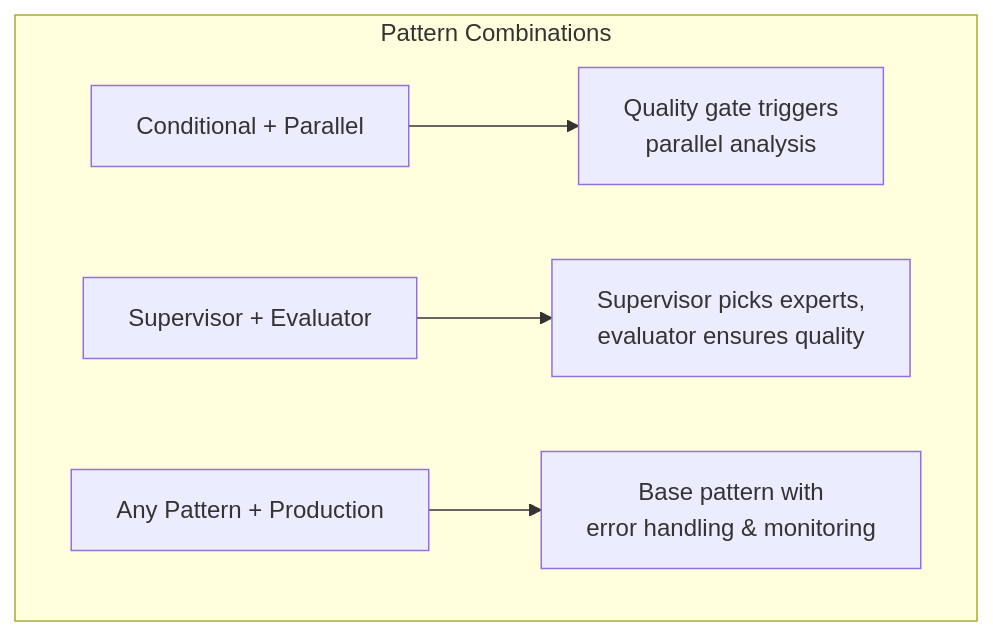
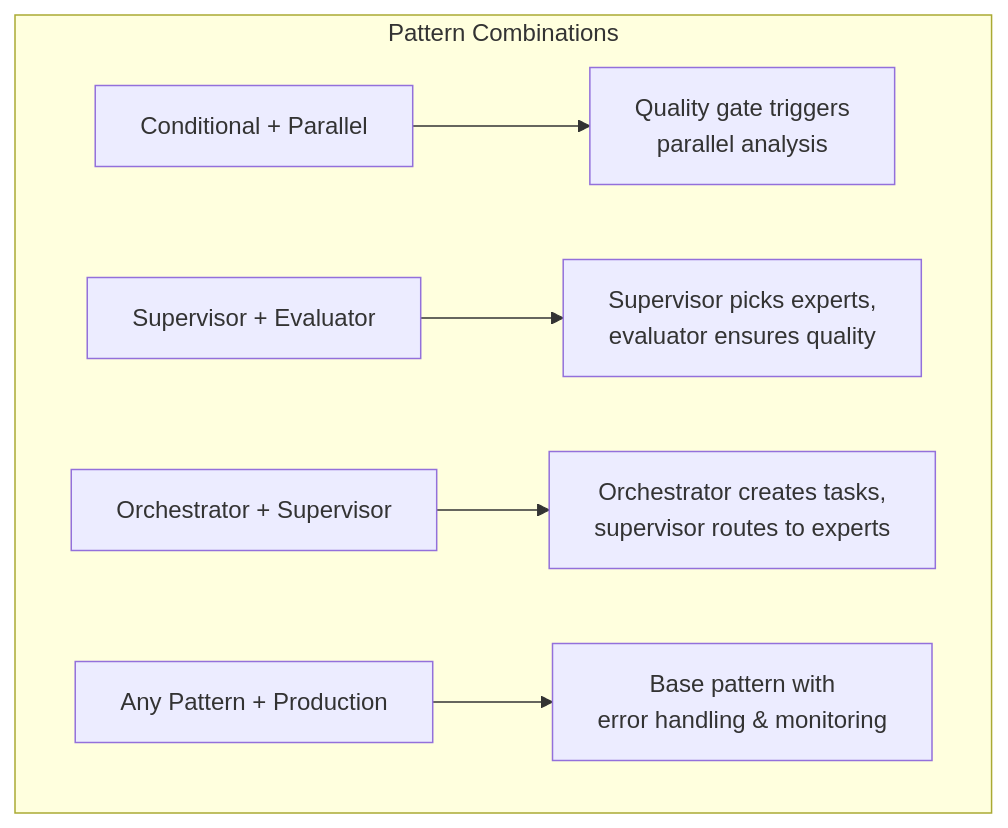
Diagram 11 of 11 in PATTERNS.md (rulala/fac-ws_ai_multi-agent), drawn with Mermaid before and after one commit. The commit also changed other lines of this file, not shown here.

Commit message:
docs: update PATTERNS.md with orchestrator-worker

````diff
--- a/PATTERNS.md
+++ b/PATTERNS.md
@@ -293,12 +336,14 @@
 ```mermaid
 graph TD
     subgraph "Pattern Combinations"
         A[Conditional + Parallel]
         B[Supervisor + Evaluator]
-        C[Any Pattern + Production]
+        C[Orchestrator + Supervisor]
+        D[Any Pattern + Production]
 
-        A --> D[Quality gate triggers<br/>parallel analysis]
-        B --> E[Supervisor picks experts,<br/>evaluator ensures quality]
-        C --> F[Base pattern with<br/>error handling & monitoring]
+        A --> E[Quality gate triggers<br/>parallel analysis]
+        B --> F[Supervisor picks experts,<br/>evaluator ensures quality]
+        C --> G[Orchestrator creates tasks,<br/>supervisor routes to experts]
+        D --> H[Base pattern with<br/>error handling & monitoring]
     end
 ```
````
